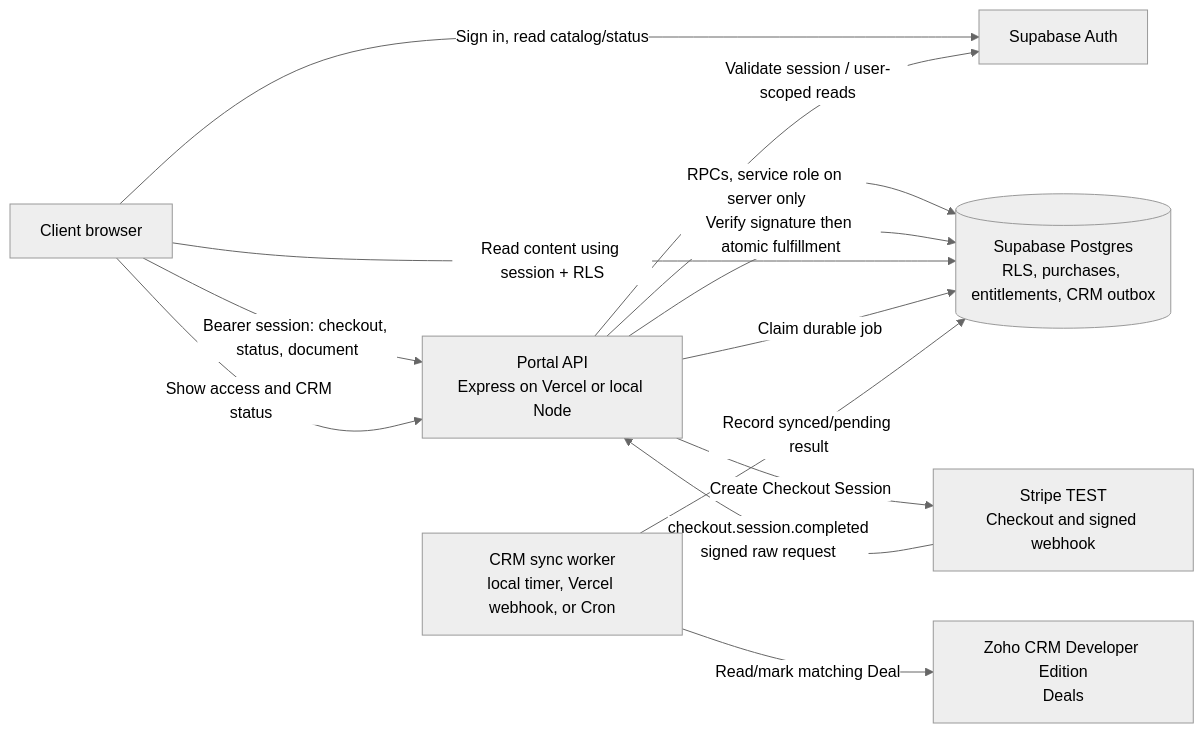
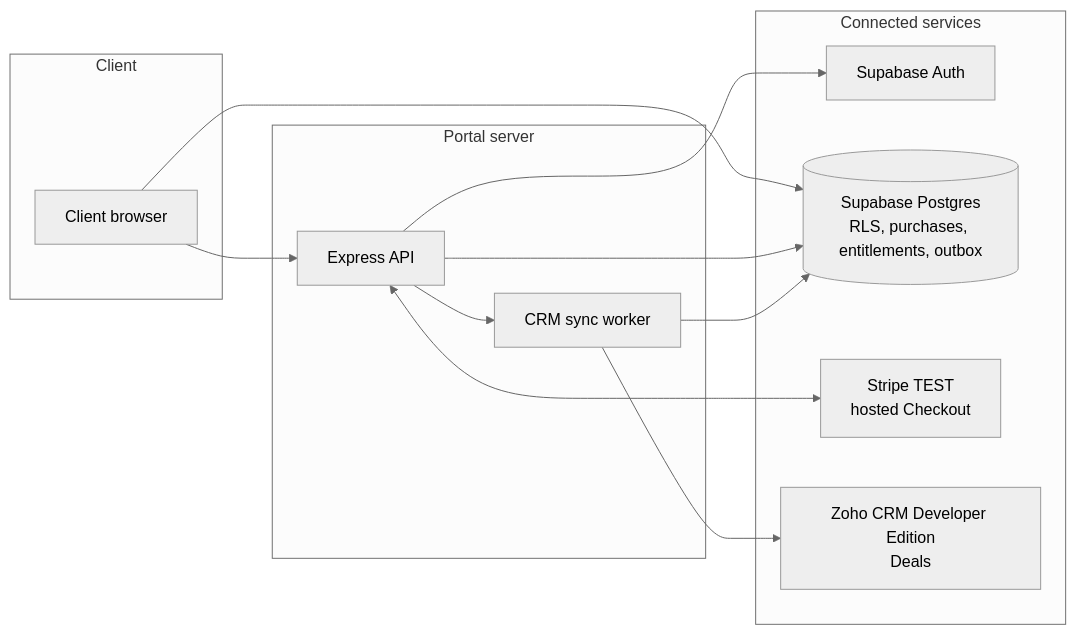
Before and after one commit to SantoshKumarRavi/paid-client-access-assessment: the first of 6 diagrams in docs/architecture.md, drawn with Mermaid (neutral theme). The commit also changed other lines of this file, not shown here.

Commit message:
docs: fix and simplify Mermaid diagrams

````diff
--- a/docs/architecture.md
+++ b/docs/architecture.md
@@ -9,23 +9,25 @@
 ```mermaid
 flowchart LR
-    Client[Client browser]
-    Auth[Supabase Auth]
-    API[Portal API<br/>Express on Vercel or local Node]
-    Stripe[Stripe TEST<br/>Checkout and signed webhook]
-    DB[(Supabase Postgres<br/>RLS, purchases, entitlements, CRM outbox)]
-    Worker[CRM sync worker<br/>local timer, Vercel webhook, or Cron]
-    Zoho[Zoho CRM Developer Edition<br/>Deals]
+    subgraph ClientLayer[Client]
+        Browser[Client browser]
+    end
+    subgraph ServerLayer[Portal server]
+        API[Express API]
+        Worker[CRM sync worker]
+        API --> Worker
+    end
+    subgraph Services[Connected services]
+        Auth[Supabase Auth]
+        DB[(Supabase Postgres<br/>RLS, purchases, entitlements, outbox)]
+        Stripe[Stripe TEST<br/>hosted Checkout]
+        Zoho[Zoho CRM Developer Edition<br/>Deals]
+    end
 
-    Client -->|Sign in, read catalog/status| Auth
-    Client -->|Bearer session: checkout, status, document| API
-    API -->|Validate session / user-scoped reads| Auth
-    API -->|RPCs, service role on server only| DB
-    API -->|Create Checkout Session| Stripe
-    Stripe -->|checkout.session.completed<br/>signed raw request| API
-    API -->|Verify signature then atomic fulfillment| DB
-    Client -->|Read content using session + RLS| DB
-    API -->|Claim durable job| DB
-    Worker -->|Read/mark matching Deal| Zoho
-    Worker -->|Record synced/pending result| DB
-    Client -->|Show access and CRM status| API
+    Browser --> API
+    Browser --> DB
+    API --> Auth
+    API <--> Stripe
+    API --> DB
+    Worker --> DB
+    Worker --> Zoho
 ```
````
